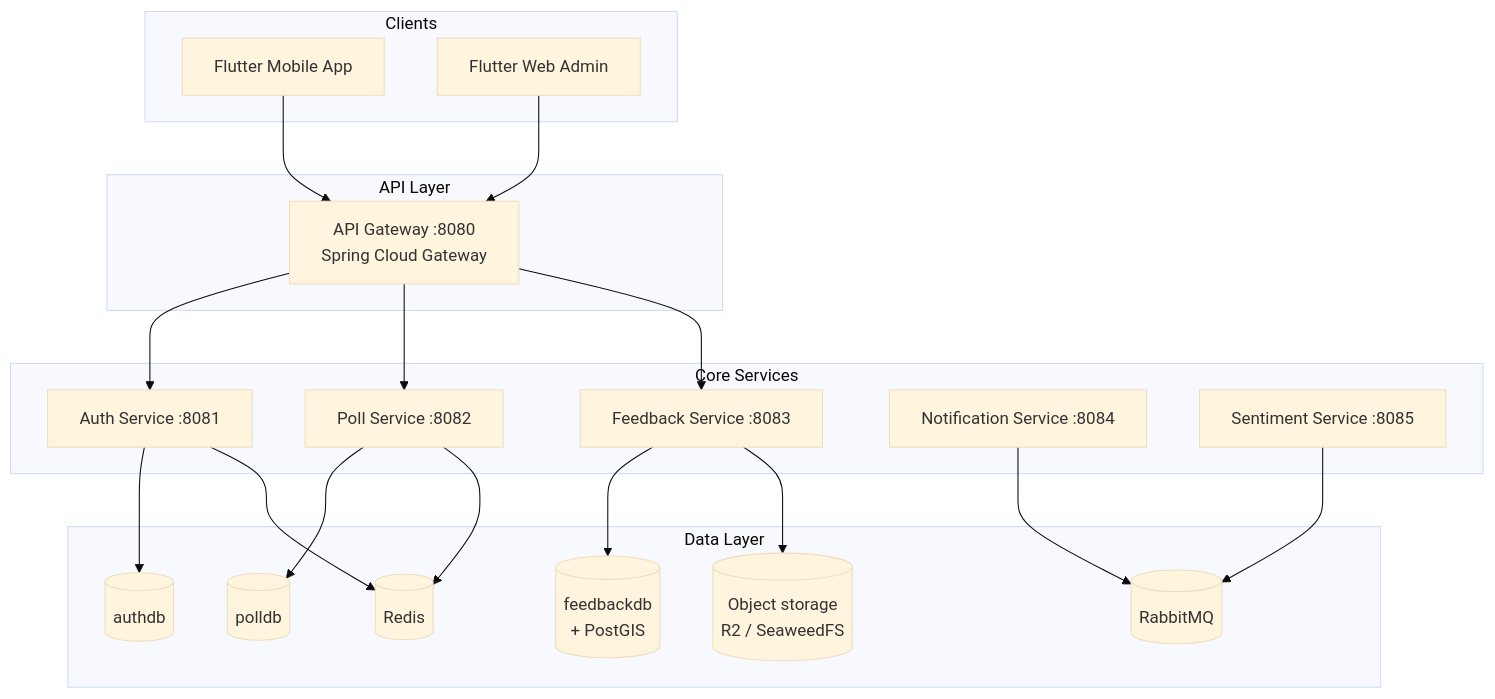
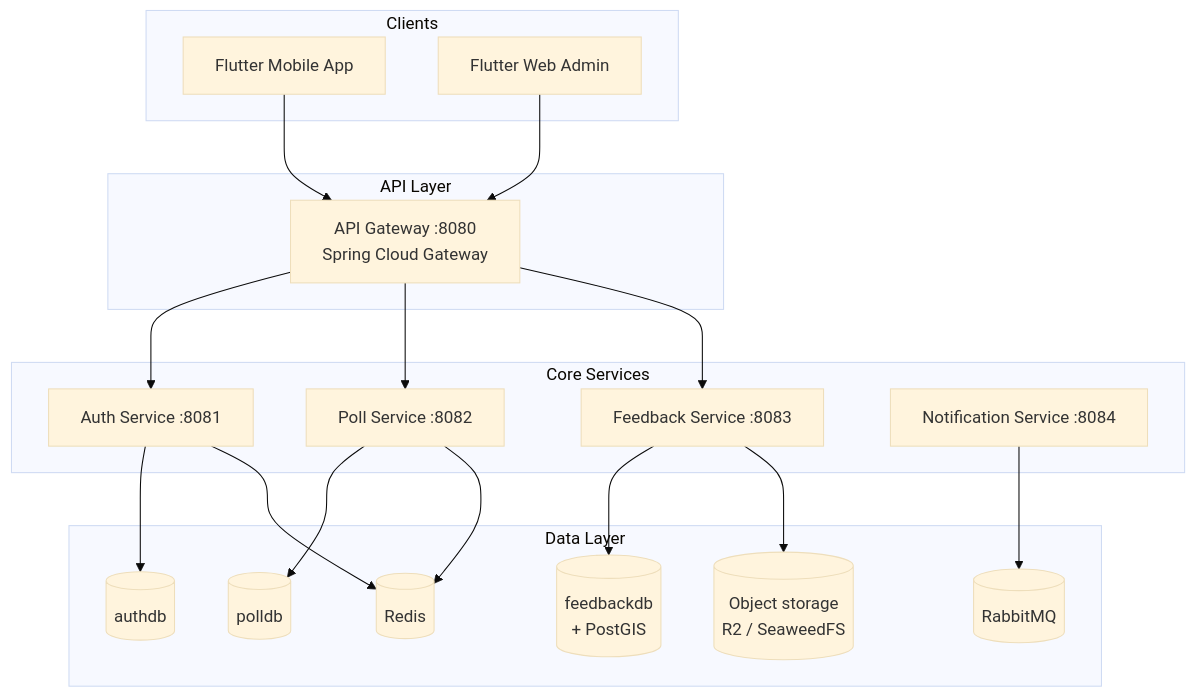
Before and after one commit to nihar-landge/sun-final-pro: the first of 2 diagrams in docs/architecture.md, drawn with Mermaid (base theme). The commit also changed other lines of this file and 64 other files, not shown here.

````diff
--- a/docs/architecture.md
+++ b/docs/architecture.md
@@ -5,42 +5,40 @@
 ```mermaid
 flowchart TD
     subgraph Clients
         A[Flutter Mobile App]
         B[Flutter Web Admin]
     end
 
     subgraph API Layer
         C[API Gateway :8080<br/>Spring Cloud Gateway]
     end
 
     subgraph Core Services
         D[Auth Service :8081]
         E[Poll Service :8082]
         F[Feedback Service :8083]
         G[Notification Service :8084]
-        H[Sentiment Service :8085]
     end
 
     subgraph Data Layer
         I[(authdb)]
         J[(polldb)]
         K[(feedbackdb<br/>+ PostGIS)]
         L[(Redis)]
         M[(Object storage<br/>R2 / SeaweedFS)]
         N[(RabbitMQ)]
     end
 
     A --> C
     B --> C
     C --> D
     C --> E
     C --> F
     D --> I
     D --> L
     E --> J
     E --> L
     F --> K
     F --> M
     G --> N
-    H --> N
 ```
````
